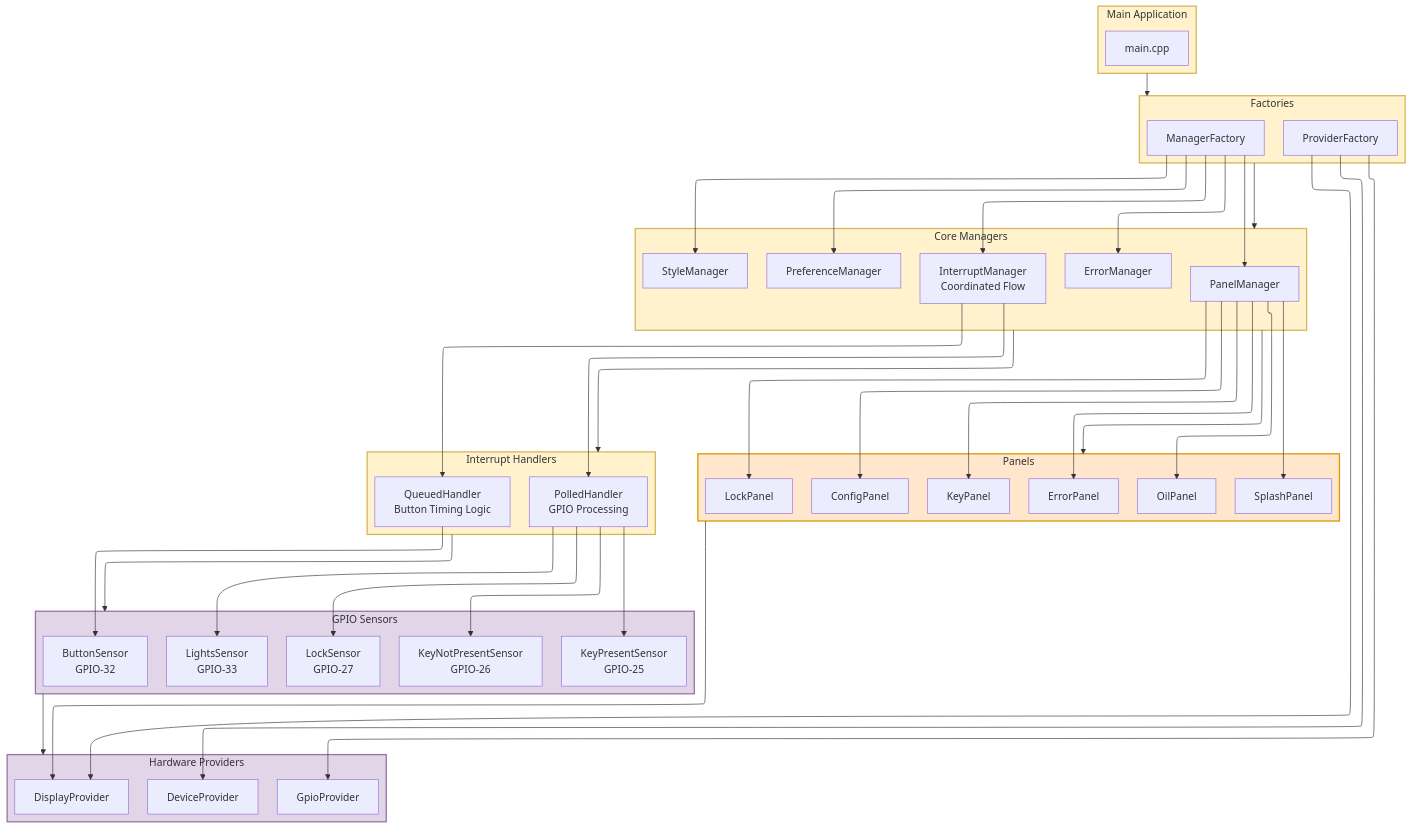
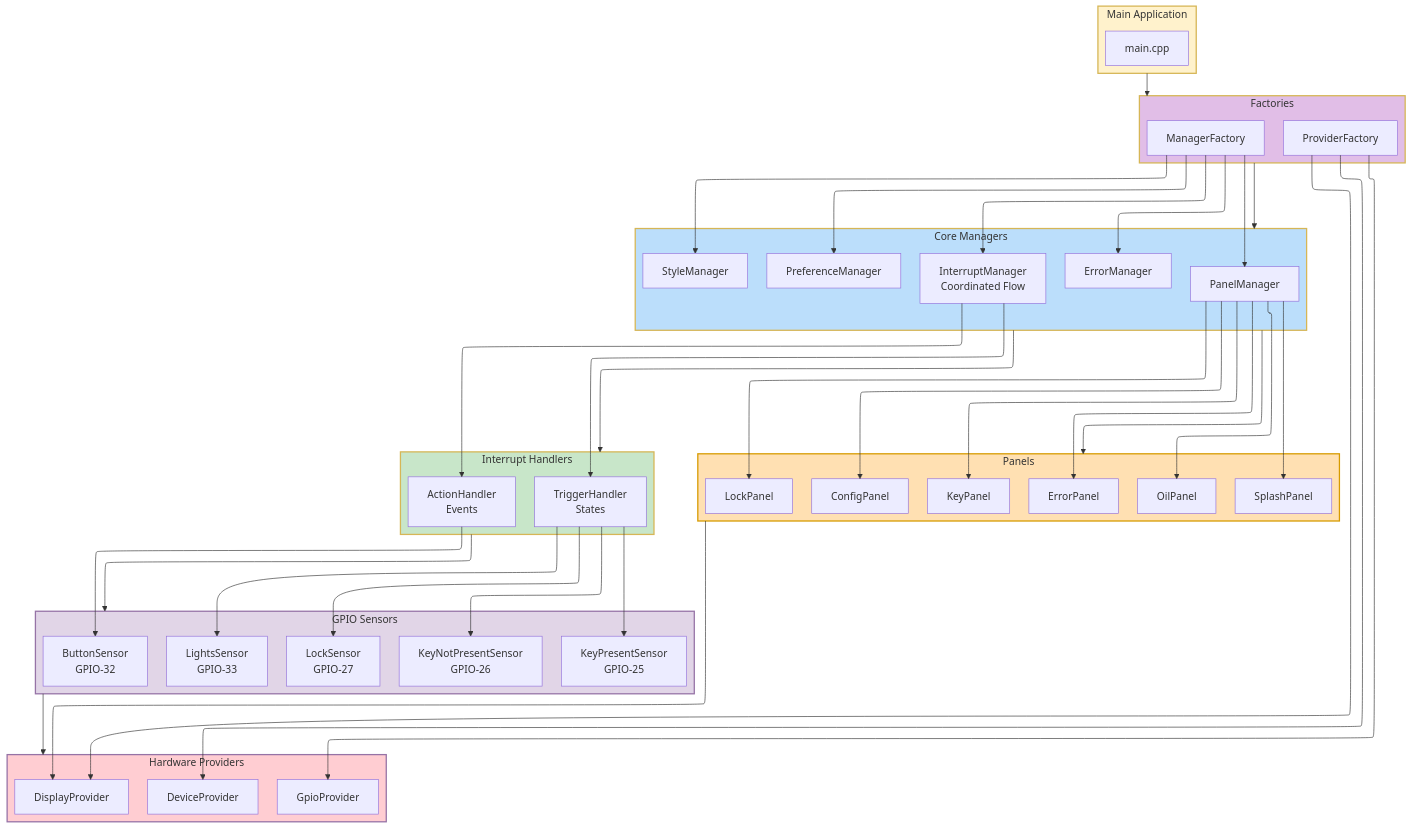
The diagram in docs/diagrams/architecture-overview.md (marcelrienks/Clarity), drawn with Mermaid before and after one commit. The commit also changed other lines of this file and 5 other files, not shown here.

````diff
--- a/docs/diagrams/architecture-overview.md
+++ b/docs/diagrams/architecture-overview.md
@@ -22,87 +23,66 @@
 config:
   layout: elk
   theme: default
-  elk:
-    algorithm: layered
-    direction: DOWN
+  elk: {}
 ---
 flowchart TD
-    %% Main Application Entry
-    subgraph MainApp ["Main Application"]
+ subgraph MainApp["Main Application"]
         Main["main.cpp"]
-    end
-    
-    %% Factory Layer
-    subgraph FactoryLayer ["Factories"]
+  end
+ subgraph FactoryLayer["Factories"]
         ProviderFactory["ProviderFactory"]
         ManagerFactory["ManagerFactory"]
-    end
-    
-    %% Core Managers Layer
-    subgraph CoreManagers ["Core Managers"]
+  end
+ subgraph CoreManagers["Core Managers"]
         ErrorManager["ErrorManager"]
-        InterruptManager["InterruptManager<br/>Coordinated Flow"]
+        InterruptManager["InterruptManager<br>Coordinated Flow"]
         PreferenceManager["PreferenceManager"]
-        StyleManager["StyleManager"]  
+        StyleManager["StyleManager"]
         PanelManager["PanelManager"]
-    end
-    
-    %% Panels Layer
-    subgraph PanelsLayer ["Panels"]
+  end
+ subgraph PanelsLayer["Panels"]
         ConfigPanel["ConfigPanel"]
         SplashPanel["SplashPanel"]
         OilPanel["OilPanel"]
         KeyPanel["KeyPanel"]
         LockPanel["LockPanel"]
         ErrorPanel["ErrorPanel"]
-    end
-    
-    %% Interrupt Handlers Layer
-    subgraph InterruptHandlers ["Interrupt Handlers"]
-        QueuedHandler["QueuedHandler<br/>Button Timing Logic"]
-        PolledHandler["PolledHandler<br/>GPIO Processing"]
-    end
-    
-    %% GPIO Sensors Layer
-    subgraph GPIOSensors ["GPIO Sensors"]
-        ButtonSensor["ButtonSensor<br/>GPIO-32"]
-        KeyPresentSensor["KeyPresentSensor<br/>GPIO-25"]
-        KeyNotPresentSensor["KeyNotPresentSensor<br/>GPIO-26"]
-        LockSensor["LockSensor<br/>GPIO-27"]
-        LightsSensor["LightsSensor<br/>GPIO-33"]
-    end
-    
-    %% Hardware Providers Layer
-    subgraph HardwareProviders ["Hardware Providers"]
+  end
+ subgraph InterruptHandlers["Interrupt Handlers"]
+        ActionHandler["ActionHandler<br>Events"]
+        TriggerHandler["TriggerHandler<br>States"]
+  end
+ subgraph GPIOSensors["GPIO Sensors"]
+        ButtonSensor["ButtonSensor<br>GPIO-32"]
+        KeyPresentSensor["KeyPresentSensor<br>GPIO-25"]
+        KeyNotPresentSensor["KeyNotPresentSensor<br>GPIO-26"]
+        LockSensor["LockSensor<br>GPIO-27"]
+        LightsSensor["LightsSensor<br>GPIO-33"]
+  end
+ subgraph HardwareProviders["Hardware Providers"]
         DeviceProvider["DeviceProvider"]
         GpioProvider["GpioProvider"]
         DisplayProvider["DisplayProvider"]
-    end
-    
-    %% Connection Flow - Top to Bottom
+  end
     MainApp --> FactoryLayer
     FactoryLayer --> CoreManagers
-    CoreManagers --> PanelsLayer
-    CoreManagers --> InterruptHandlers
+    CoreManagers --> PanelsLayer & InterruptHandlers
     InterruptHandlers --> GPIOSensors
     GPIOSensors --> HardwareProviders
-    
-    %% Internal Factory Connections
     ProviderFactory --> GpioProvider & DisplayProvider & DeviceProvider
     ManagerFactory --> ErrorManager & InterruptManager & PreferenceManager & StyleManager & PanelManager
-    
-    %% Interrupt Manager Coordinated Flow
-    InterruptManager --> QueuedHandler & PolledHandler
-    QueuedHandler --> ButtonSensor
-    PolledHandler --> KeyPresentSensor & KeyNotPresentSensor & LockSensor & LightsSensor
-    
-    %% Panel Manager Connections
+    InterruptManager --> ActionHandler & TriggerHandler
+    ActionHandler --> ButtonSensor
+    TriggerHandler --> KeyPresentSensor & KeyNotPresentSensor & LockSensor & LightsSensor
     PanelManager --> ConfigPanel & SplashPanel & OilPanel & KeyPanel & LockPanel & ErrorPanel
-    
-    %% Hardware Dependencies
     PanelsLayer --> DisplayProvider
-    
-    %% Styling to Match Screenshot
+     MainApp:::mainapp
+     FactoryLayer:::factory
+     CoreManagers:::manager
+     PanelsLayer:::panel
+     InterruptHandlers:::handler
+     GPIOSensors:::sensor
+     HardwareProviders:::provider
     classDef mainapp fill:#fff2cc,stroke:#d6b656,stroke-width:2px
     classDef factory fill:#fff2cc,stroke:#d6b656,stroke-width:2px
     classDef manager fill:#fff2cc,stroke:#d6b656,stroke-width:2px
@@ -110,12 +90,9 @@
     classDef handler fill:#fff2cc,stroke:#d6b656,stroke-width:2px
     classDef sensor fill:#e1d5e7,stroke:#9673a6,stroke-width:2px
     classDef provider fill:#e1d5e7,stroke:#9673a6,stroke-width:2px
-    
-    class MainApp mainapp
-    class FactoryLayer factory
-    class CoreManagers manager
-    class PanelsLayer panel
-    class InterruptHandlers handler
-    class GPIOSensors sensor
-    class HardwareProviders provider
+    style FactoryLayer fill:#E1BEE7
+    style CoreManagers fill:#BBDEFB
+    style PanelsLayer fill:#FFE0B2
+    style InterruptHandlers fill:#C8E6C9
+    style HardwareProviders fill:#FFCDD2
 ```
````
